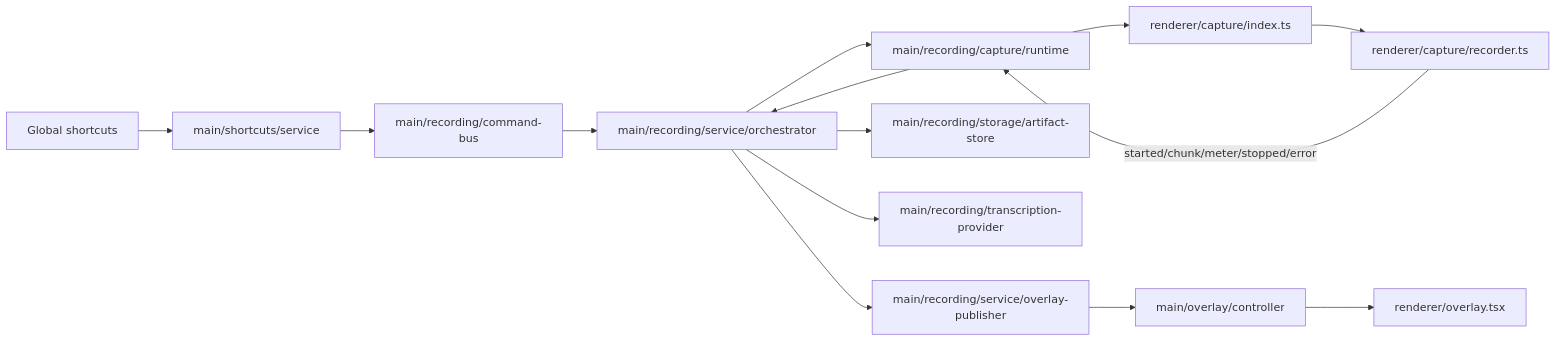
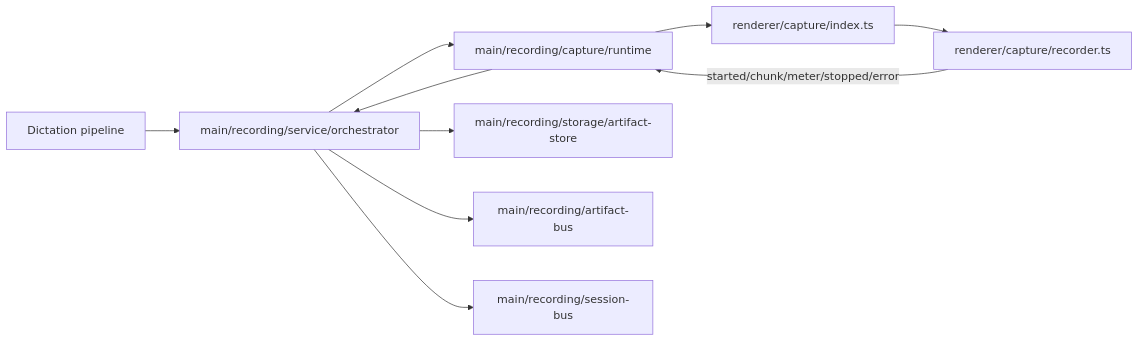
The diagram in docs/recording/architecture.md (MateuszRomek/openvocaly), drawn with Mermaid before and after one commit. The commit also changed other lines of this file and 107 other files, not shown here.

First line of the commit message:
Fix transcription provider UI lint issues (#8)

````diff
--- a/docs/recording/architecture.md
+++ b/docs/recording/architecture.md
@@ -15,19 +16,14 @@
 ```mermaid
 flowchart LR
-  A[Global shortcuts] --> B[main/shortcuts/service]
-  B --> C[main/recording/command-bus]
-  C --> D[main/recording/service/orchestrator]
+  A[Dictation pipeline] --> B[main/recording/service/orchestrator]
+  B --> C[main/recording/capture/runtime]
+  C --> D[renderer/capture/index.ts]
+  D --> E[renderer/capture/recorder.ts]
 
-  D --> E[main/recording/capture/runtime]
-  E --> F[renderer/capture/index.ts]
-  F --> G[renderer/capture/recorder.ts]
+  E -->|started/chunk/meter/stopped/error| C
+  C --> B
 
-  G -->|started/chunk/meter/stopped/error| E
-  E --> D
-
-  D --> H[main/recording/storage/artifact-store]
-  D --> I[main/recording/transcription-provider]
-  D --> J[main/recording/service/overlay-publisher]
-  J --> K[main/overlay/controller]
-  K --> L[renderer/overlay.tsx]
+  B --> F[main/recording/storage/artifact-store]
+  B --> G[main/recording/artifact-bus]
+  B --> H[main/recording/session-bus]
 ```
````
